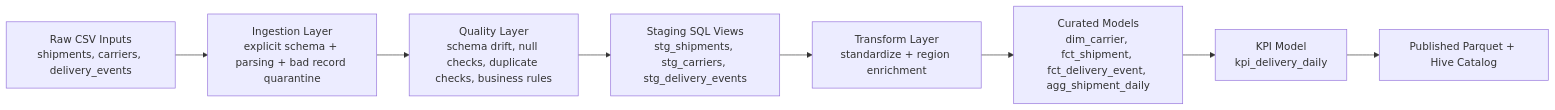
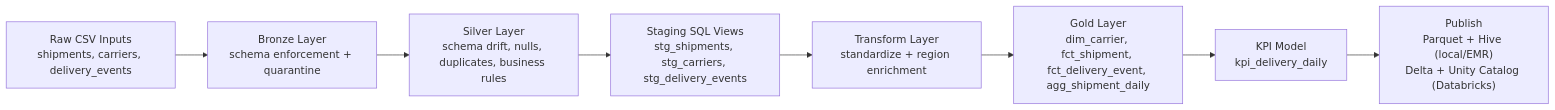
The diagram in docs/architecture.md (Sivarohitk/Transportation-Shipment-ETL-Pipeline), drawn with Mermaid before and after one commit. The commit also changed other lines of this file and 84 other files, not shown here.

````diff
--- a/docs/architecture.md
+++ b/docs/architecture.md
@@ -13,10 +18,10 @@
 ```mermaid
 flowchart LR
-    A["Raw CSV Inputs<br/>shipments, carriers, delivery_events"] --> B["Ingestion Layer<br/>explicit schema + parsing + bad record quarantine"]
-    B --> C["Quality Layer<br/>schema drift, null checks, duplicate checks, business rules"]
+    A["Raw CSV Inputs<br/>shipments, carriers, delivery_events"] --> B["Bronze Layer<br/>schema enforcement + quarantine"]
+    B --> C["Silver Layer<br/>schema drift, nulls, duplicates, business rules"]
     C --> D["Staging SQL Views<br/>stg_shipments, stg_carriers, stg_delivery_events"]
     D --> E["Transform Layer<br/>standardize + region enrichment"]
-    E --> F["Curated Models<br/>dim_carrier, fct_shipment, fct_delivery_event, agg_shipment_daily"]
+    E --> F["Gold Layer<br/>dim_carrier, fct_shipment, fct_delivery_event, agg_shipment_daily"]
     F --> G["KPI Model<br/>kpi_delivery_daily"]
-    G --> H["Published Parquet + Hive Catalog"]
+    G --> H["Publish<br/>Parquet + Hive (local/EMR)<br/>Delta + Unity Catalog (Databricks)"]
 ```
````
